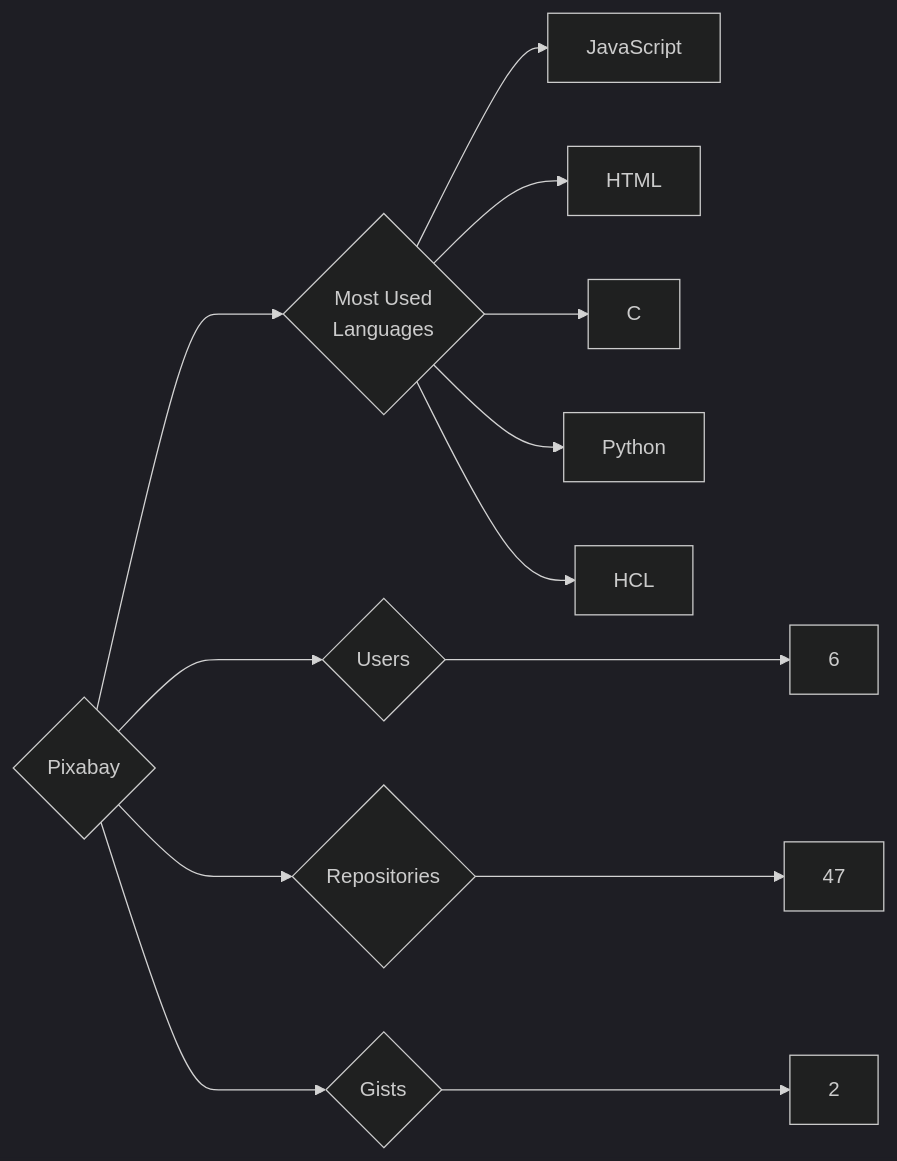
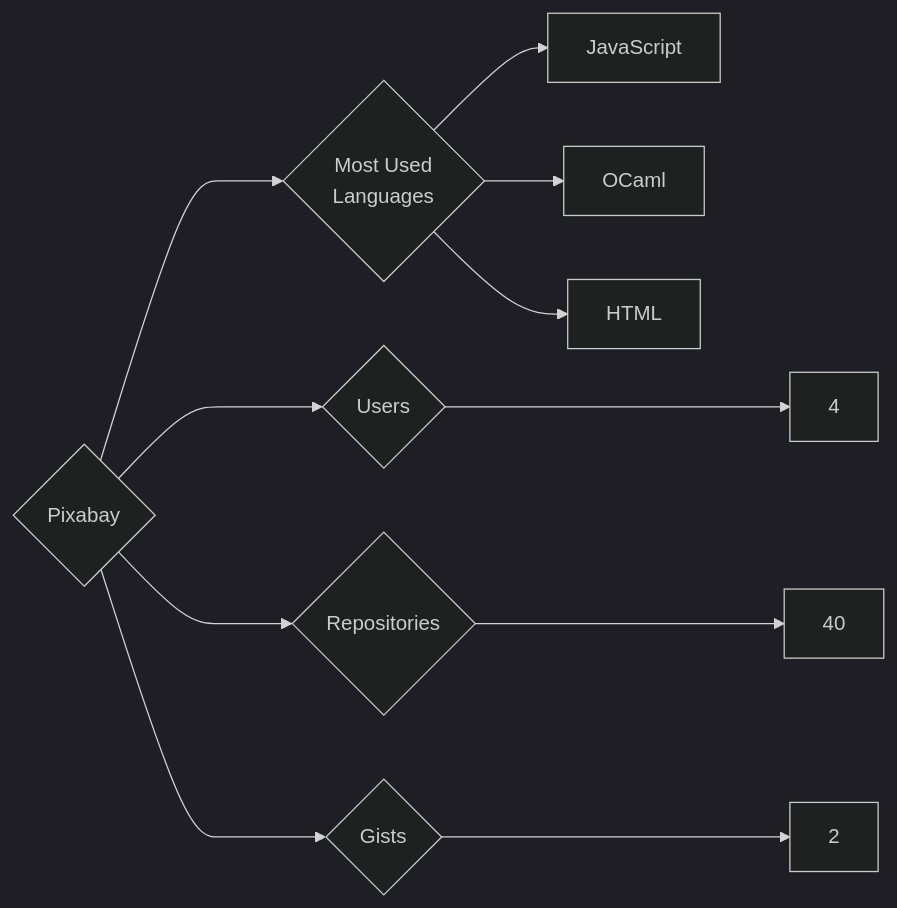
The diagram in targets/Pixabay/README.md (trickest/insiders), drawn with Mermaid (dark theme) before and after one commit. The commit also changed 1248 other files, not shown here.

````diff
--- a/targets/Pixabay/README.md
+++ b/targets/Pixabay/README.md
@@ -3,13 +3,11 @@
 ```mermaid
 graph LR
 COMPANY_NAME{Pixabay}
-COMPANY_NAME ---> U{Users} ---> UN[6]
-COMPANY_NAME ---> R{Repositories} ---> RN[47]
+COMPANY_NAME ---> U{Users} ---> UN[4]
+COMPANY_NAME ---> R{Repositories} ---> RN[40]
 COMPANY_NAME ---> G{Gists} ---> GN[2]
 COMPANY_NAME ---> ML{Most Used<br>Languages}
 ML --> JavaScript[JavaScript]
+ML --> OCaml[OCaml]
 ML --> HTML[HTML]
-ML --> C[C]
-ML --> Python[Python]
-ML --> HCL[HCL]
 ```
````
